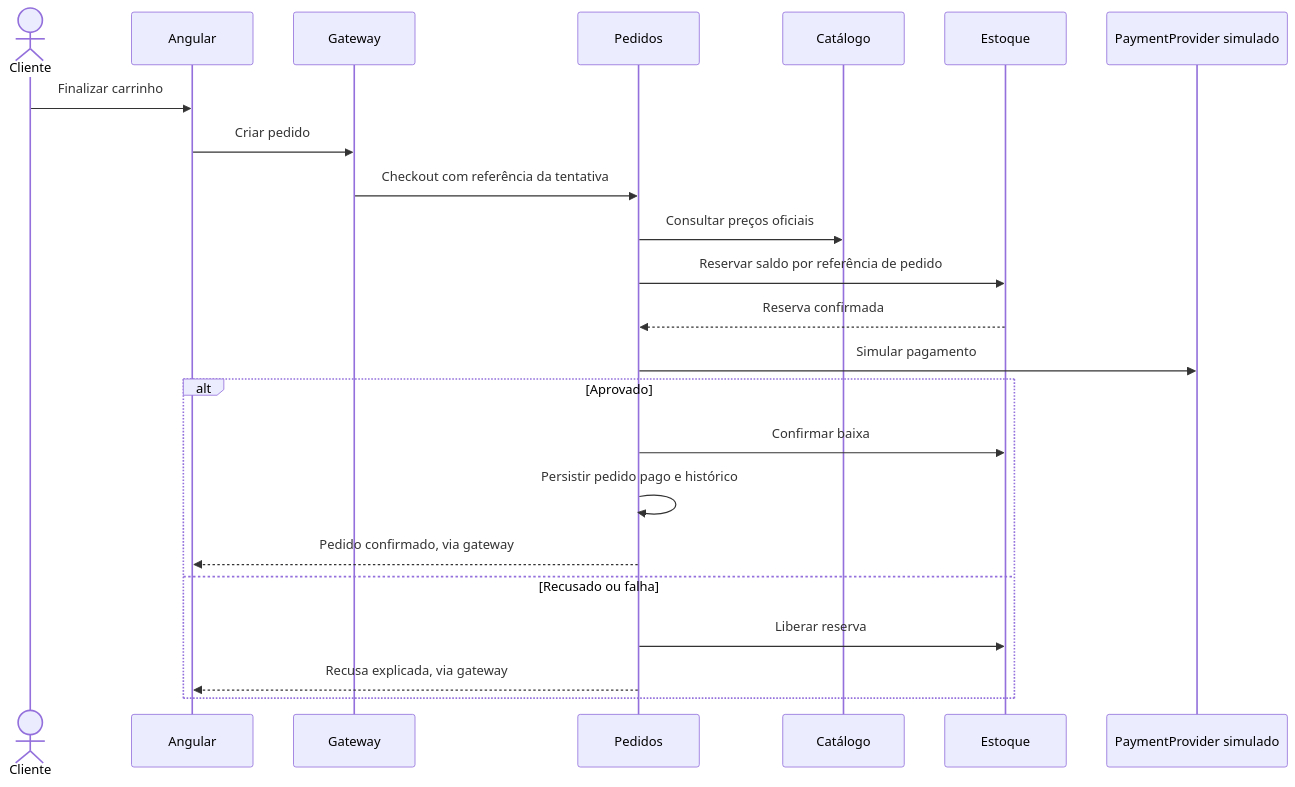
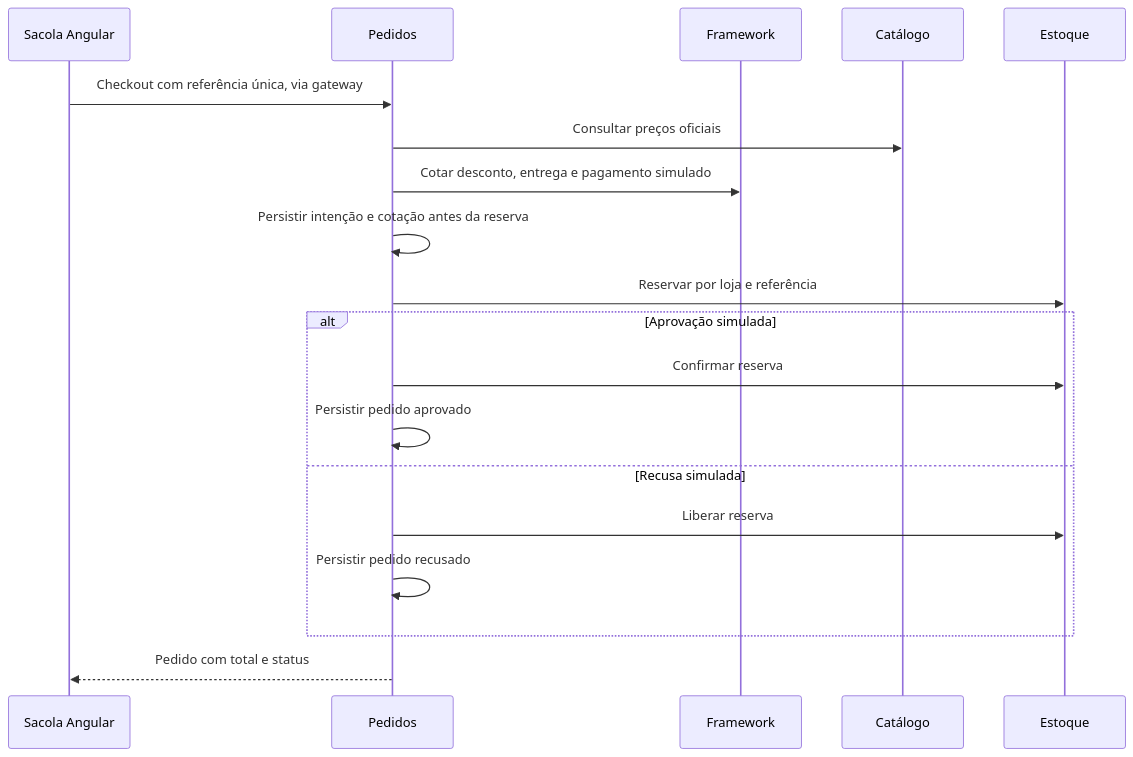
The third of 3 diagrams in docs/arquitetura.md (CaioMascarenhas/gerar-commerce), drawn with Mermaid before and after one commit. The commit also changed other lines of this file and 63 other files, not shown here.

First line of the commit message:
feat: cria lojas dinâmicas com framework e PostgreSQL

````diff
--- a/docs/arquitetura.md
+++ b/docs/arquitetura.md
@@ -63,25 +78,21 @@
 ```mermaid
 sequenceDiagram
-  actor Cliente
-  participant UI as Angular
-  participant GW as Gateway
+  participant UI as Sacola Angular
   participant O as Pedidos
+  participant F as Framework
   participant C as Catálogo
-  participant E as Estoque
-  participant P as PaymentProvider simulado
-  Cliente->>UI: Finalizar carrinho
-  UI->>GW: Criar pedido
-  GW->>O: Checkout com referência da tentativa
+  participant I as Estoque
+  UI->>O: Checkout com referência única, via gateway
   O->>C: Consultar preços oficiais
-  O->>E: Reservar saldo por referência de pedido
-  E-->>O: Reserva confirmada
-  O->>P: Simular pagamento
-  alt Aprovado
-    O->>E: Confirmar baixa
-    O->>O: Persistir pedido pago e histórico
-    O-->>UI: Pedido confirmado, via gateway
-  else Recusado ou falha
-    O->>E: Liberar reserva
-    O-->>UI: Recusa explicada, via gateway
+  O->>F: Cotar desconto, entrega e pagamento simulado
+  O->>O: Persistir intenção e cotação antes da reserva
+  O->>I: Reservar por loja e referência
+  alt Aprovação simulada
+    O->>I: Confirmar reserva
+    O->>O: Persistir pedido aprovado
+  else Recusa simulada
+    O->>I: Liberar reserva
+    O->>O: Persistir pedido recusado
   end
+  O-->>UI: Pedido com total e status
 ```
````
